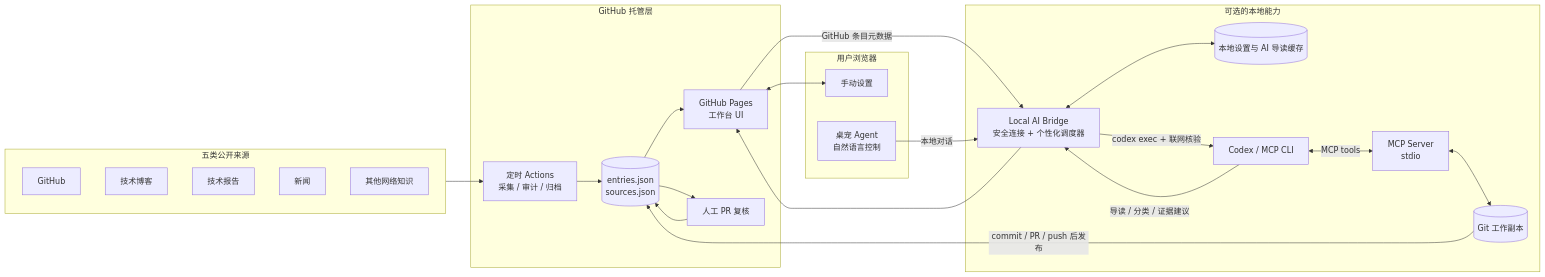
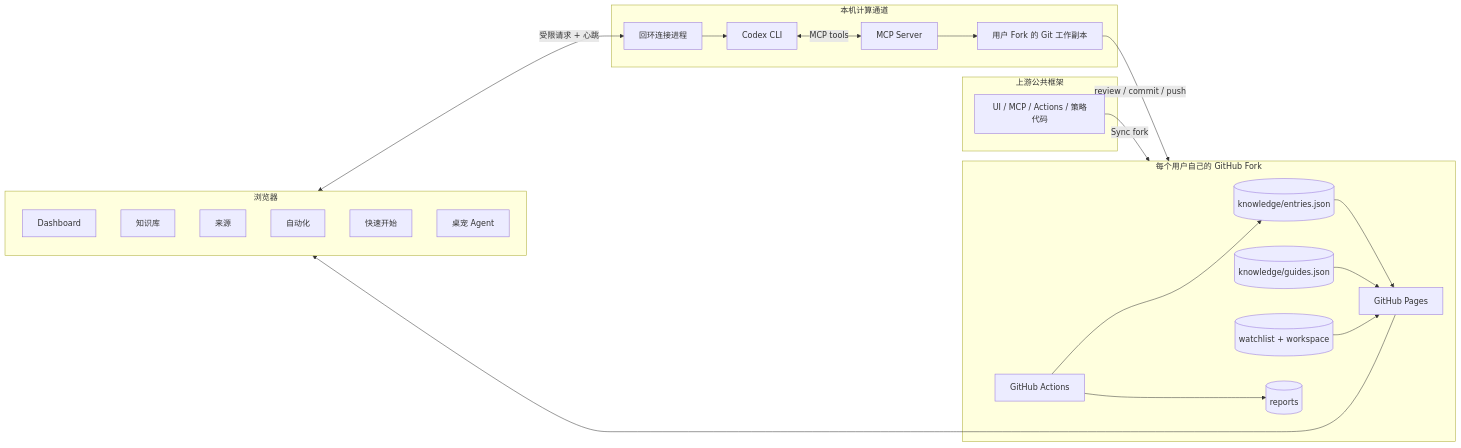
The first of 2 diagrams in README.md (Alex-2000-m/agent-engineer-workbench), drawn with Mermaid before and after one commit. The commit also changed other lines of this file and 27 other files, not shown here.

Commit message:
Make knowledge ownership Fork-first

````diff
--- a/README.md
+++ b/README.md
@@ -12,41 +12,44 @@
 ```mermaid
 flowchart LR
-  subgraph Sources[五类公开来源]
-    GH[GitHub]
-    BL[技术博客]
-    RP[技术报告]
-    NW[新闻]
-    WB[其他网络知识]
+  subgraph Public[上游公共框架]
+    U[UI / MCP / Actions / 策略代码]
   end
 
-  subgraph GitHub[GitHub 托管层]
-    Actions[定时 Actions<br/>采集 / 审计 / 归档]
-    Repo[(entries.json<br/>sources.json)]
-    Pages[GitHub Pages<br/>工作台 UI]
-    PR[人工 PR 复核]
+  subgraph Fork[每个用户自己的 GitHub Fork]
+    E[(knowledge/entries.json)]
+    G[(knowledge/guides.json)]
+    W[(watchlist + workspace)]
+    R[(reports)]
+    A[GitHub Actions]
+    P[GitHub Pages]
   end
 
-  subgraph Browser[用户浏览器]
-    Manual[手动设置]
-    Pet[桌宠 Agent<br/>自然语言控制]
+  subgraph Browser[浏览器]
+    D[Dashboard]
+    K[知识库]
+    S[来源]
+    T[自动化]
+    Q[快速开始]
+    Pet[桌宠 Agent]
   end
 
-  subgraph Local[可选的本地能力]
-    Bridge[Local AI Bridge<br/>安全连接 + 个性化调度器]
-    Cache[(本地设置与 AI 导读缓存)]
-    MCP[MCP Server<br/>stdio]
-    CLI[Codex / MCP CLI]
-    Worktree[(Git 工作副本)]
+  subgraph Local[本机计算通道]
+    CLI[Codex CLI]
+    MCP[MCP Server]
+    Bridge[回环连接进程]
+    Worktree[用户 Fork 的 Git 工作副本]
   end
 
-  Sources --> Actions --> Repo --> Pages
-  Repo --> PR --> Repo
-  Pages <--> Manual
-  Pages -->|GitHub 条目元数据| Bridge
-  Bridge -->|codex exec + 联网核验| CLI
-  CLI -->|导读 / 分类 / 证据建议| Bridge --> Pages
-  Pet -->|本地对话| Bridge
-  Bridge <--> Cache
-  CLI <-->|MCP tools| MCP <--> Worktree
-  Worktree -->|commit / PR / push 后发布| Repo
+  U -->|Sync fork| Fork
+  A --> E
+  A --> R
+  E --> P
+  G --> P
+  W --> P
+  P --> Browser
+  Browser <-->|受限请求 + 心跳| Bridge
+  Bridge --> CLI
+  CLI <-->|MCP tools| MCP
+  MCP --> Worktree
+  Worktree -->|review / commit / push| Fork
 ```
````
